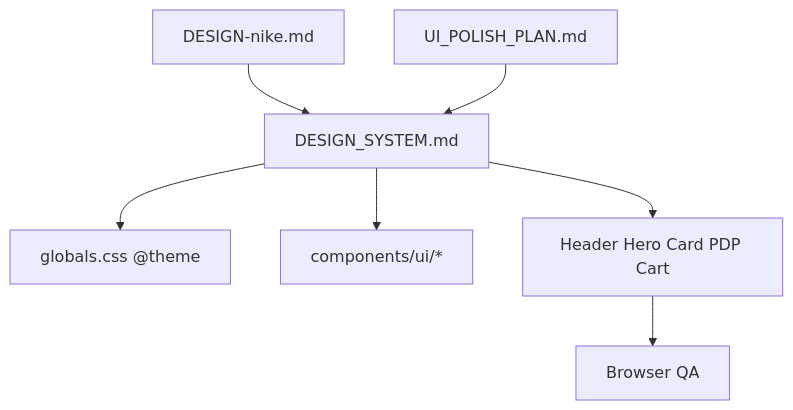
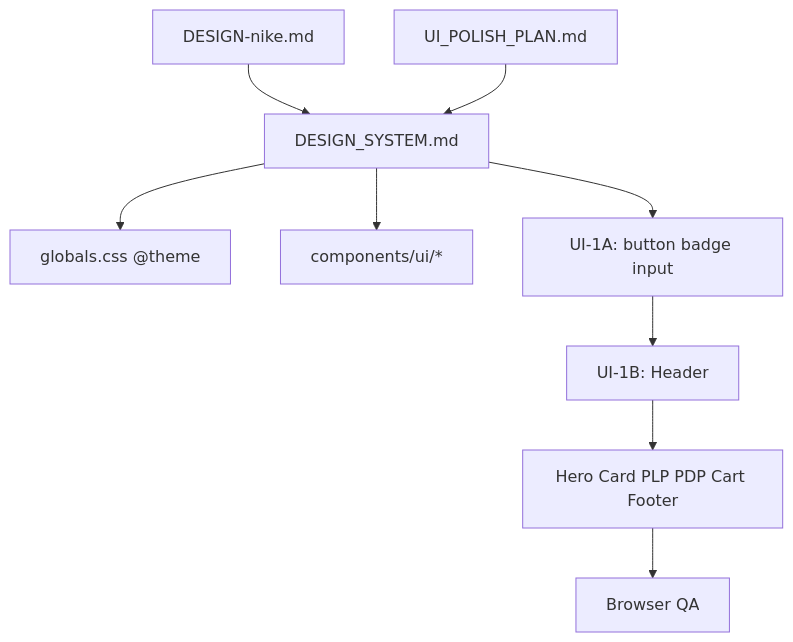
One commit to jeffersonaandrade/ecommerce-whatsapp changed the diagram in docs/DESIGN_SYSTEM.md. Above: the diagram before and after it, drawn with Mermaid. The commit also changed other lines of this file and 8 other files, not shown here.

````diff
--- a/docs/DESIGN_SYSTEM.md
+++ b/docs/DESIGN_SYSTEM.md
@@ -305,9 +312,11 @@
 ```mermaid
 flowchart TD
   NikeRef[DESIGN-nike.md] --> DS[DESIGN_SYSTEM.md]
   UIPolishPlan[UI_POLISH_PLAN.md] --> DS
   DS --> GlobalsCSS["globals.css @theme"]
   DS --> Components["components/ui/*"]
-  DS --> Pages["Header Hero Card PDP Cart"]
+  DS --> Primitives["UI-1A: button badge input"]
+  Primitives --> Header["UI-1B: Header"]
+  Header --> Pages["Hero Card PLP PDP Cart Footer"]
   Pages --> BrowserQA[Browser QA]
 ```
````
